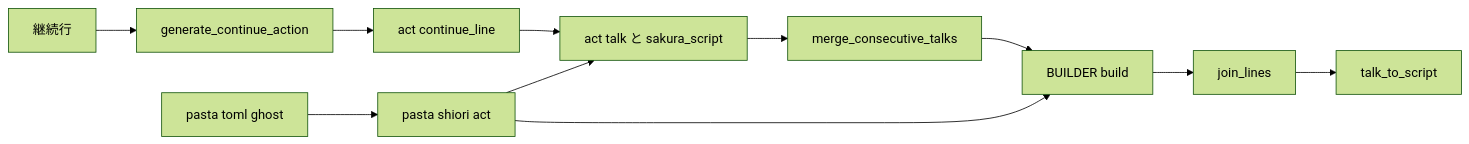
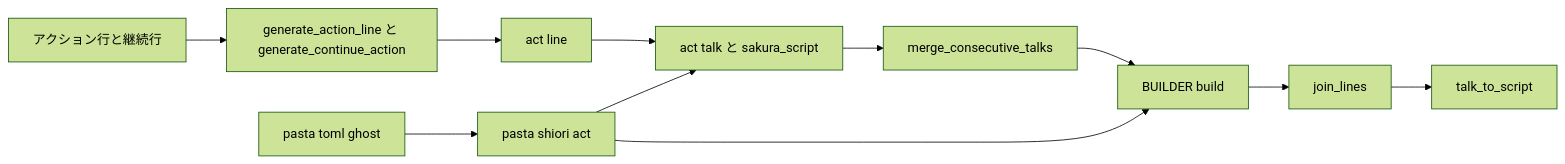
The first of 3 diagrams in .kiro/specs/actor-line-newlines/design.md (ekicyou/pasta), drawn with Mermaid (forest theme) before and after one commit. The commit also changed other lines of this file and 3 other files, not shown here.

````diff
--- a/.kiro/specs/actor-line-newlines/design.md
+++ b/.kiro/specs/actor-line-newlines/design.md
@@ -63,13 +63,13 @@
 ```mermaid
 graph LR
-    Pasta[継続行] --> CodeGen[generate_continue_action]
-    CodeGen --> Marker[act continue_line]
+    Pasta[アクション行と継続行] --> CodeGen[generate_action_line と generate_continue_action]
+    CodeGen --> Marker[act line]
     Marker --> Act[act talk と sakura_script]
     Act --> Merge[merge_consecutive_talks]
     Merge --> Builder[BUILDER build]
     Config[pasta toml ghost] --> ShioriAct[pasta shiori act]
     ShioriAct --> Act
     ShioriAct --> Builder
     Builder --> Join[join_lines]
     Join --> Talk[talk_to_script]
 ```
````
